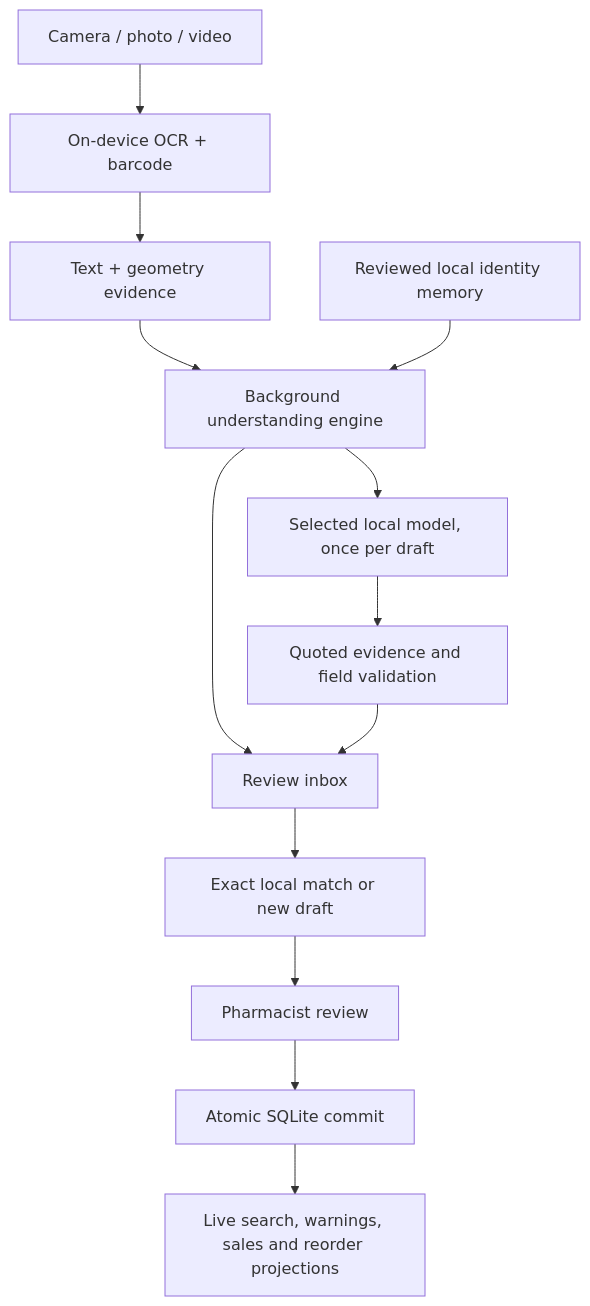
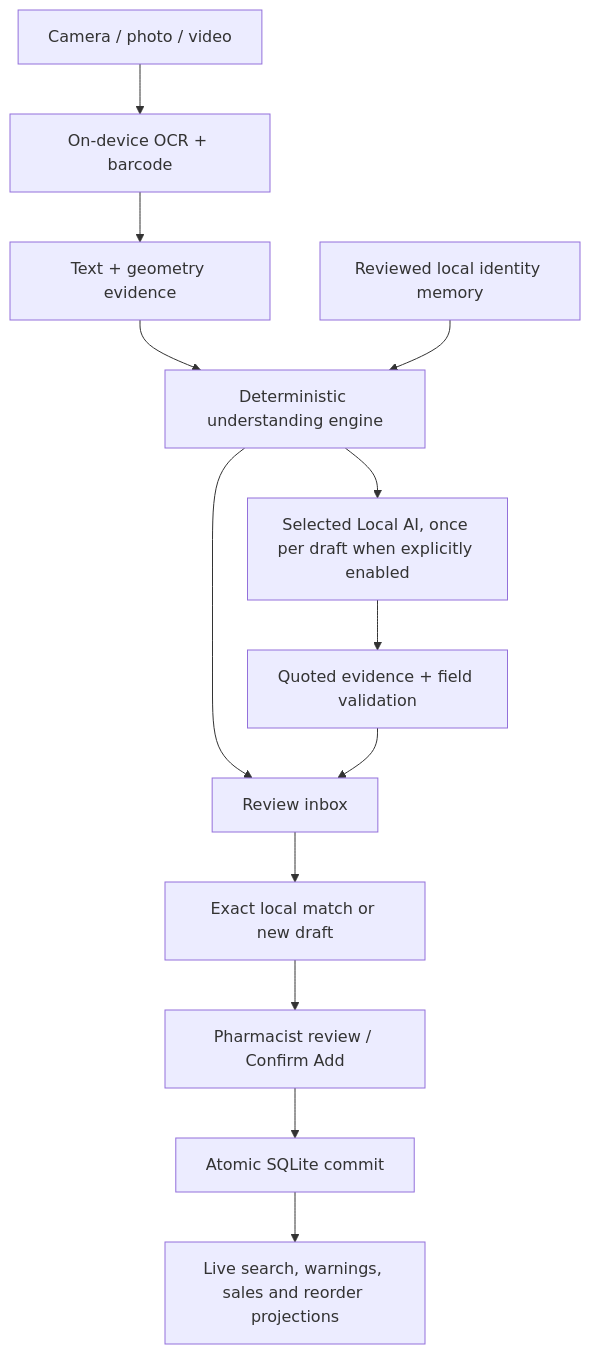
One commit to warishakhan3548-hash/updating-repository changed the third of 4 diagrams in docs/CODEBASE_TREE.md. Above: the diagram before and after it, drawn with Mermaid. The commit also changed other lines of this file, not shown here.

Commit message:
Map local and cloud scan execution paths [skip ci]

````diff
--- a/docs/CODEBASE_TREE.md
+++ b/docs/CODEBASE_TREE.md
@@ -27,15 +70,15 @@
 ```mermaid
 flowchart TD
   C["Camera / photo / video"] --> V["On-device OCR + barcode"]
   V --> E["Text + geometry evidence"]
-  E --> U["Background understanding engine"]
+  E --> U["Deterministic understanding engine"]
   K["Reviewed local identity memory"] --> U
   U --> I["Review inbox"]
-  U --> L["Selected local model, once per draft"]
-  L --> Q["Quoted evidence and field validation"]
+  U --> L["Selected Local AI, once per draft when explicitly enabled"]
+  L --> Q["Quoted evidence + field validation"]
   Q --> I
   I --> M["Exact local match or new draft"]
-  M --> R["Pharmacist review"]
+  M --> R["Pharmacist review / Confirm Add"]
   R --> D["Atomic SQLite commit"]
   D --> P["Live search, warnings, sales and reorder projections"]
 ```
````
